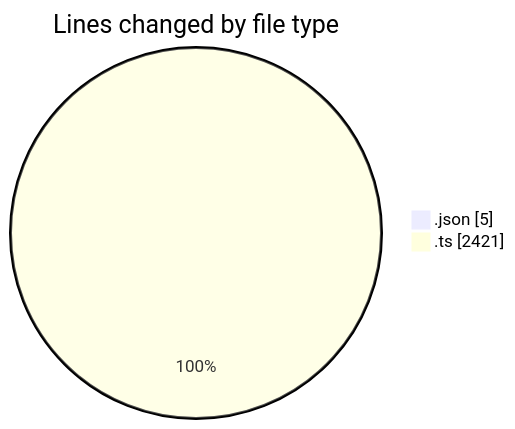
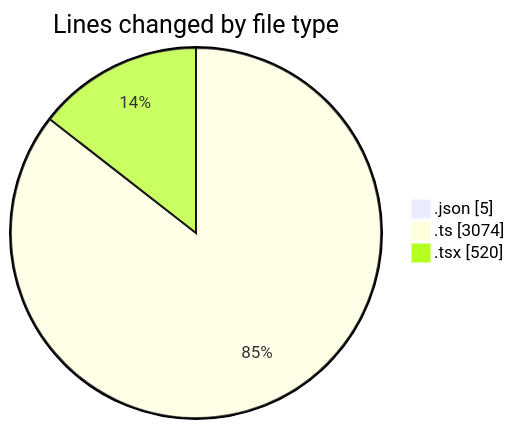
One commit to CELIANVF/code-tracking changed the first of 2 diagrams in 2025-05-09/ecodeli/README.md. Above: the diagram before and after it, drawn with Mermaid. The commit also changed other lines of this file and 1 other file, not shown here.

````diff
--- a/2025-05-09/ecodeli/README.md
+++ b/2025-05-09/ecodeli/README.md
@@ -22,6 +25,7 @@
 ```mermaid
 pie showData
 title Lines changed by file type
 ".json" : 5
-".ts" : 2421
+".ts" : 3074
+".tsx" : 520
 ```
````
